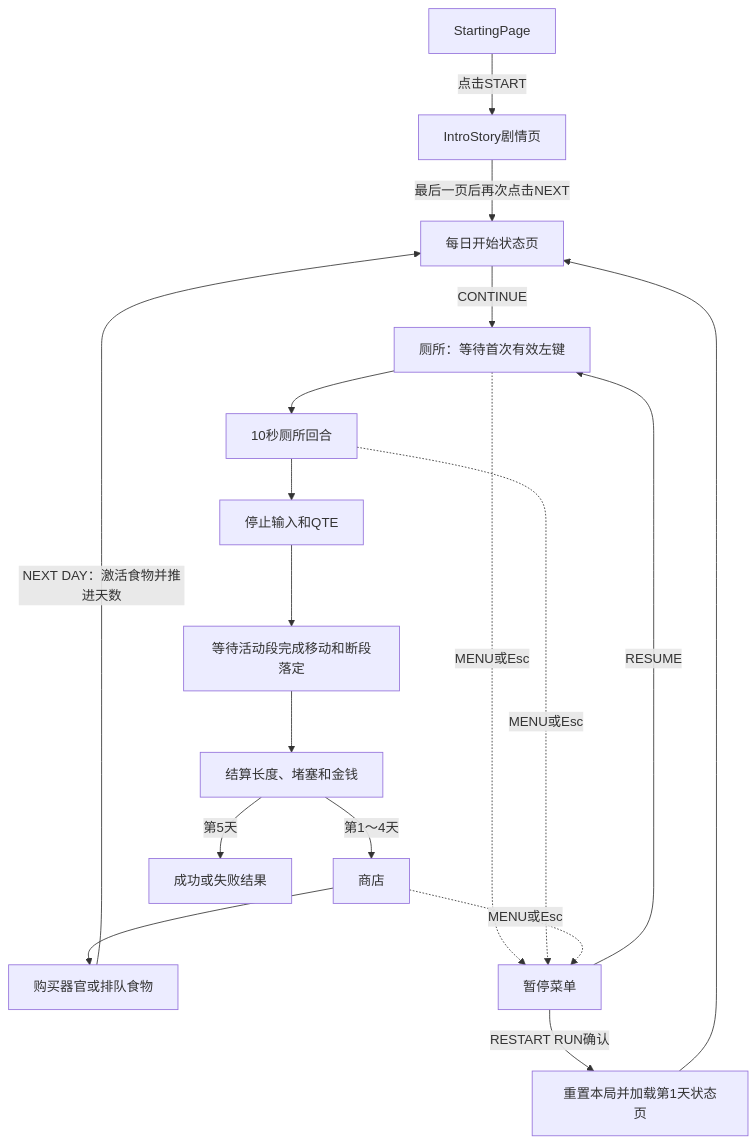
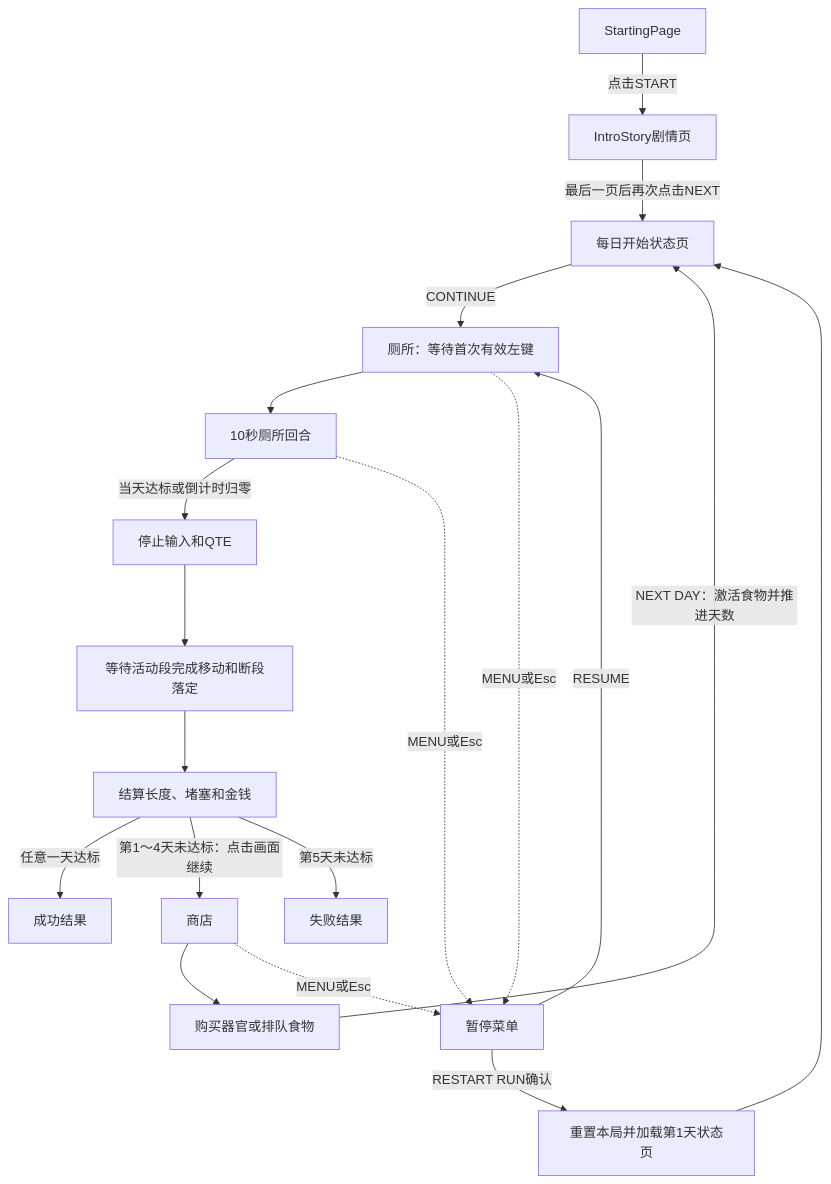
The diagram in 机制.md (SaltedFishyy/GMTK-game-jam), drawn with Mermaid before and after one commit. The commit also changed other lines of this file and 29 other files, not shown here.

````diff
--- a/机制.md
+++ b/机制.md
@@ -264,20 +269,21 @@
 ```mermaid
 flowchart TD
     S[StartingPage] -->|点击START| I[IntroStory剧情页]
     I -->|最后一页后再次点击NEXT| J[每日开始状态页]
     J -->|CONTINUE| A[厕所：等待首次有效左键]
     A --> B[10秒厕所回合]
-    B --> C[停止输入和QTE]
+    B -->|当天达标或倒计时归零| C[停止输入和QTE]
     C --> D[等待活动段完成移动和断段落定]
     D --> E[结算长度、堵塞和金钱]
-    E -->|第1～4天| F[商店]
+    E -->|任意一天达标| G[成功结果]
+    E -->|第1～4天未达标：点击画面继续| F[商店]
     F --> H[购买器官或排队食物]
     H -->|NEXT DAY：激活食物并推进天数| J
-    E -->|第5天| G[成功或失败结果]
+    E -->|第5天未达标| K[失败结果]
     A -. MENU或Esc .-> P[暂停菜单]
     B -. MENU或Esc .-> P
     F -. MENU或Esc .-> P
     P -->|RESUME| A
     P -->|RESTART RUN确认| R[重置本局并加载第1天状态页]
     R --> J
 ```
````
